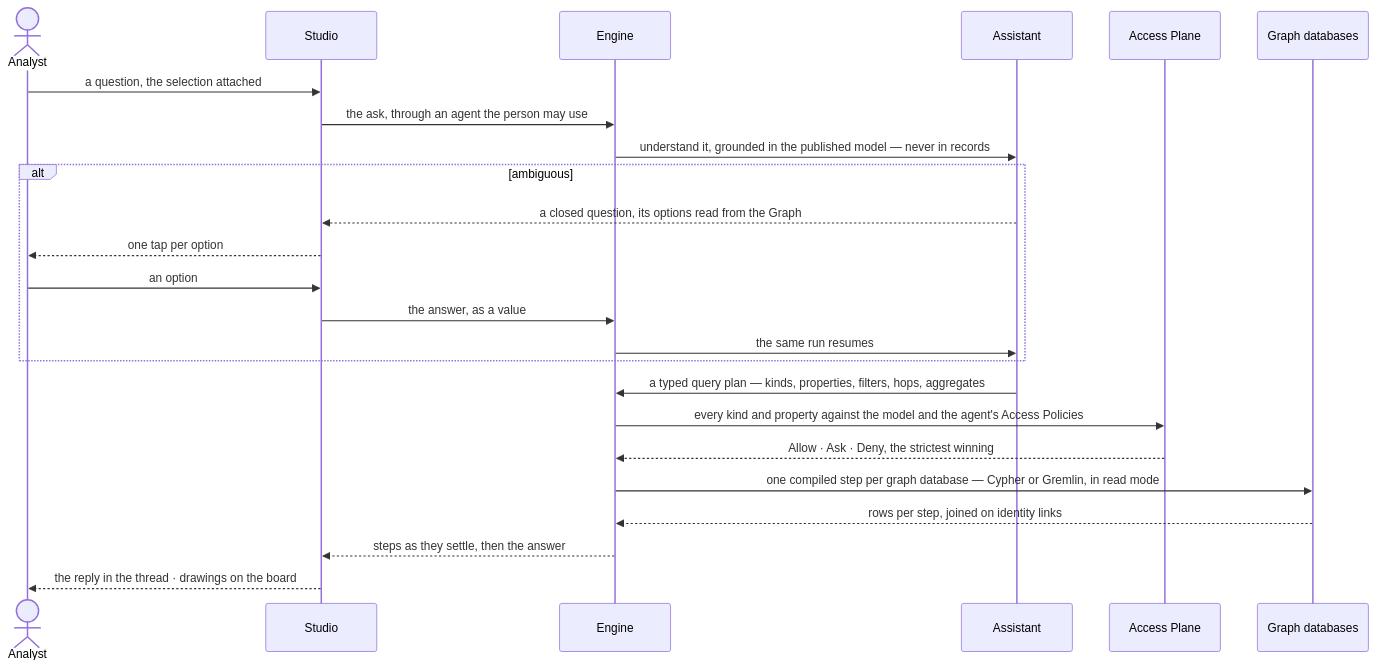
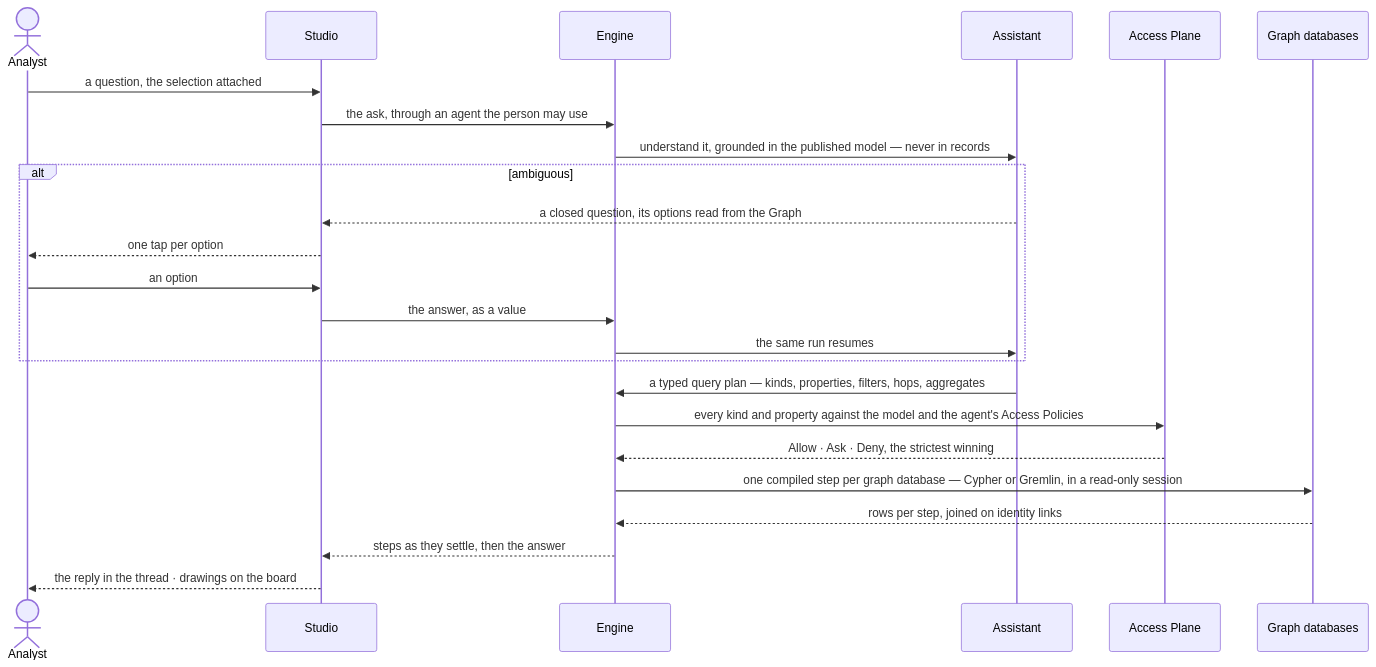
Before and after one commit to invana/invana: the second of 2 diagrams in specs/capabilities/explore/features/EX-F03-ask-a-question/feature.md, drawn with Mermaid. The commit also changed other lines of this file and 300 other files, not shown here.

````diff
--- a/specs/capabilities/explore/features/EX-F03-ask-a-question/feature.md
+++ b/specs/capabilities/explore/features/EX-F03-ask-a-question/feature.md
@@ -60,26 +60,26 @@
 ```mermaid
 sequenceDiagram
   actor P as Analyst
   participant S as Studio
   participant E as Engine
   participant A as Assistant
   participant X as Access Plane
   participant D as Graph databases
   P->>S: a question, the selection attached
   S->>E: the ask, through an agent the person may use
   E->>A: understand it, grounded in the published model — never in records
   alt ambiguous
     A-->>S: a closed question, its options read from the Graph
     S-->>P: one tap per option
     P->>S: an option
     S->>E: the answer, as a value
     E->>A: the same run resumes
   end
   A->>E: a typed query plan — kinds, properties, filters, hops, aggregates
   E->>X: every kind and property against the model and the agent's Access Policies
   X-->>E: Allow · Ask · Deny, the strictest winning
-  E->>D: one compiled step per graph database — Cypher or Gremlin, in read mode
+  E->>D: one compiled step per graph database — Cypher or Gremlin, in a read-only session
   D-->>E: rows per step, joined on identity links
   E-->>S: steps as they settle, then the answer
   S-->>P: the reply in the thread · drawings on the board
 ```
````
